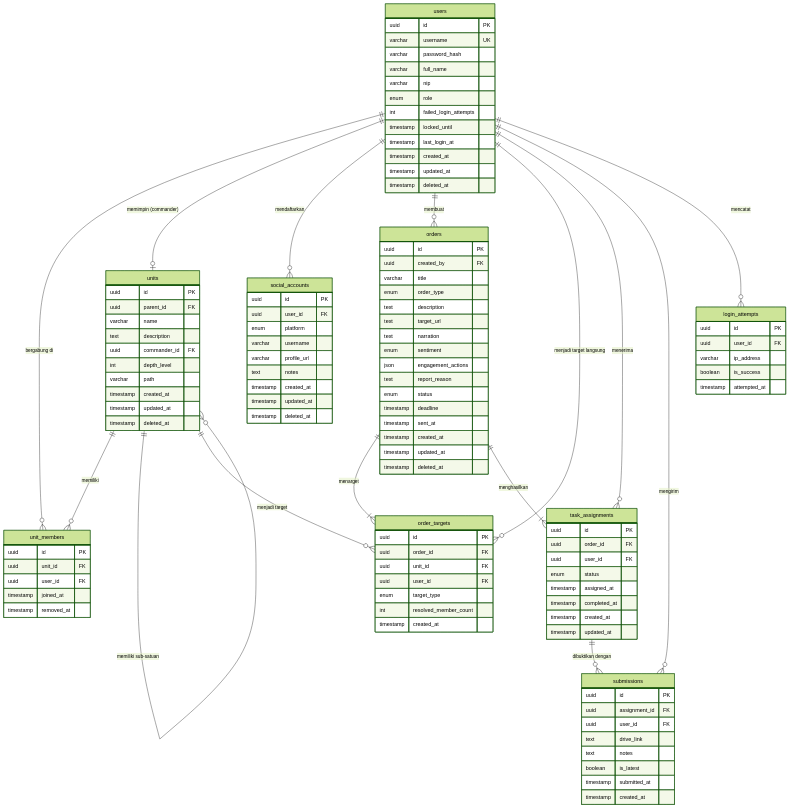
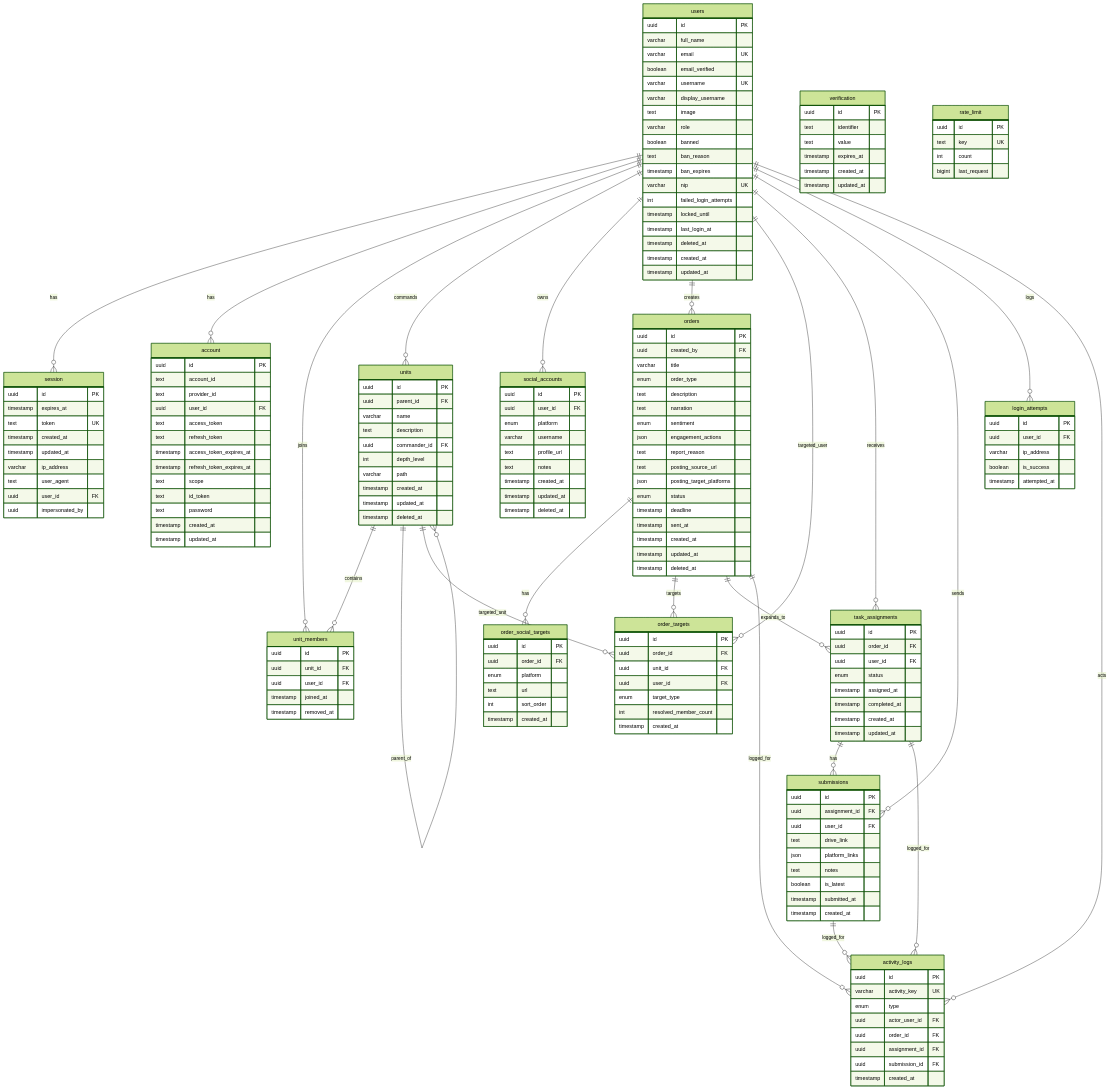
Before and after one commit to novryanda/Ross-Command: the diagram in docs/komando-center-erd.md, drawn with Mermaid (forest theme). The commit also changed other lines of this file and 58 other files, not shown here.

````diff
--- a/docs/komando-center-erd.md
+++ b/docs/komando-center-erd.md
@@ -41,19 +41,68 @@
 ```mermaid
 erDiagram
-
     users {
         uuid id PK
+        varchar full_name
+        varchar email UK
+        boolean email_verified
         varchar username UK
-        varchar password_hash
-        varchar full_name
-        varchar nip
-        enum role
+        varchar display_username
+        text image
+        varchar role
+        boolean banned
+        text ban_reason
+        timestamp ban_expires
+        varchar nip UK
         int failed_login_attempts
         timestamp locked_until
         timestamp last_login_at
+        timestamp deleted_at
         timestamp created_at
         timestamp updated_at
-        timestamp deleted_at
+    }
+
+    session {
+        uuid id PK
+        timestamp expires_at
+        text token UK
+        timestamp created_at
+        timestamp updated_at
+        varchar ip_address
+        text user_agent
+        uuid user_id FK
+        uuid impersonated_by
+    }
+
+    account {
+        uuid id PK
+        text account_id
+        text provider_id
+        uuid user_id FK
+        text access_token
+        text refresh_token
+        timestamp access_token_expires_at
+        timestamp refresh_token_expires_at
+        text scope
+        text id_token
+        text password
+        timestamp created_at
+        timestamp updated_at
+    }
+
+    verification {
+        uuid id PK
+        text identifier
+        text value
+        timestamp expires_at
+        timestamp created_at
+        timestamp updated_at
+    }
+
+    rate_limit {
+        uuid id PK
+        text key UK
+        int count
+        bigint last_request
     }
 
     units {
@@ -82,7 +131,7 @@
         uuid user_id FK
         enum platform
         varchar username
-        varchar profile_url
+        text profile_url
         text notes
         timestamp created_at
         timestamp updated_at
@@ -95,17 +144,27 @@
         varchar title
         enum order_type
         text description
-        text target_url
         text narration
         enum sentiment
         json engagement_actions
         text report_reason
+        text posting_source_url
+        json posting_target_platforms
         enum status
         timestamp deadline
         timestamp sent_at
         timestamp created_at
         timestamp updated_at
         timestamp deleted_at
+    }
+
+    order_social_targets {
+        uuid id PK
+        uuid order_id FK
+        enum platform
+        text url
+        int sort_order
+        timestamp created_at
     }
 
     order_targets {
@@ -134,6 +193,7 @@
         uuid assignment_id FK
         uuid user_id FK
         text drive_link
+        json platform_links
         text notes
         boolean is_latest
         timestamp submitted_at
@@ -148,18 +208,36 @@
         timestamp attempted_at
     }
 
-    users ||--o{ unit_members : "bergabung di"
-    units ||--o{ unit_members : "memiliki"
-    units ||--o{ units : "memiliki sub-satuan"
-    users ||--o| units : "memimpin (commander)"
-    users ||--o{ social_accounts : "mendaftarkan"
-    users ||--o{ orders : "membuat"
-    orders ||--|{ order_targets : "menarget"
-    units ||--o{ order_targets : "menjadi target"
-    users ||--o{ order_targets : "menjadi target langsung"
-    orders ||--|{ task_assignments : "menghasilkan"
-    users ||--o{ task_assignments : "menerima"
-    task_assignments ||--o{ submissions : "dibuktikan dengan"
-    users ||--o{ submissions : "mengirim"
-    users ||--o{ login_attempts : "mencatat"
+    activity_logs {
+        uuid id PK
+        varchar activity_key UK
+        enum type
+        uuid actor_user_id FK
+        uuid order_id FK
+        uuid assignment_id FK
+        uuid submission_id FK
+        timestamp created_at
+    }
+
+    users ||--o{ session : has
+    users ||--o{ account : has
+    users ||--o{ unit_members : joins
+    units ||--o{ unit_members : contains
+    units ||--o{ units : parent_of
+    users ||--o{ units : commands
+    users ||--o{ social_accounts : owns
+    users ||--o{ orders : creates
+    orders ||--o{ order_social_targets : has
+    orders ||--o{ order_targets : targets
+    units ||--o{ order_targets : targeted_unit
+    users ||--o{ order_targets : targeted_user
+    orders ||--o{ task_assignments : expands_to
+    users ||--o{ task_assignments : receives
+    task_assignments ||--o{ submissions : has
+    users ||--o{ submissions : sends
+    users ||--o{ login_attempts : logs
+    users ||--o{ activity_logs : acts
+    orders ||--o{ activity_logs : logged_for
+    task_assignments ||--o{ activity_logs : logged_for
+    submissions ||--o{ activity_logs : logged_for
 ```
````
